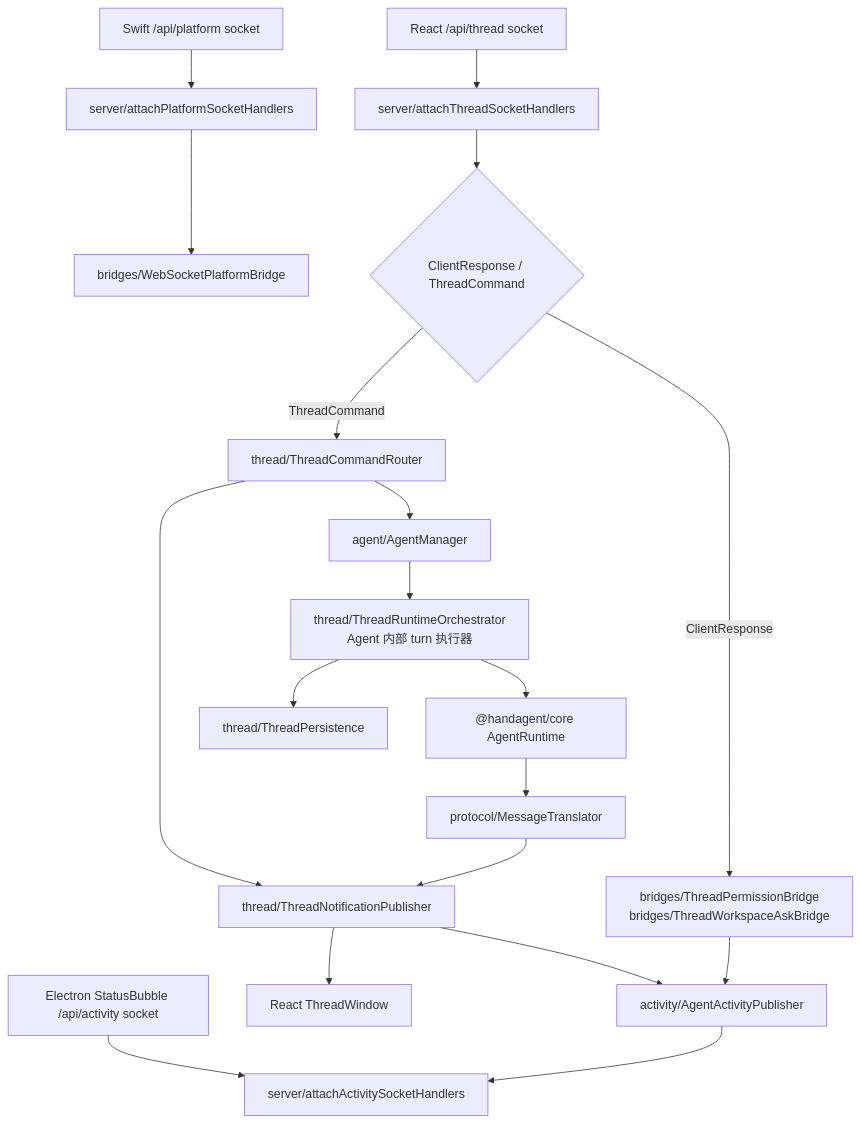
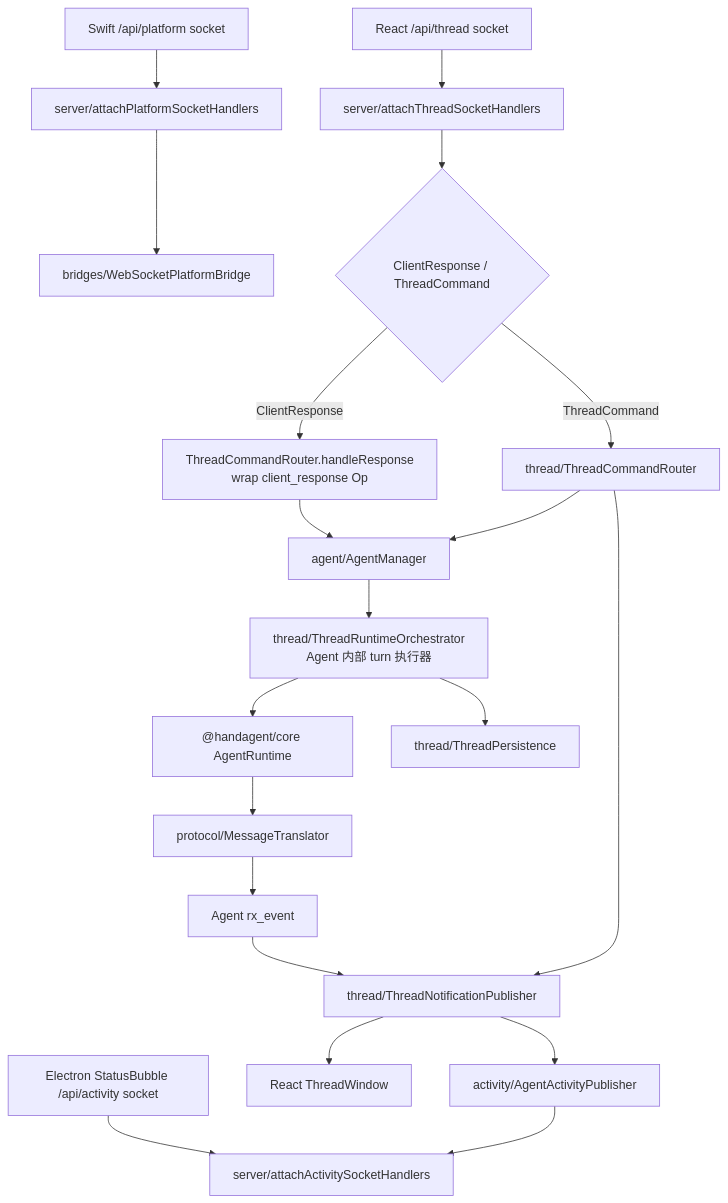
The diagram in apps/agent-server/agent-server.md (Lixuhang987/SpotAgent), drawn with Mermaid before and after one commit. The commit also changed other lines of this file and 47 other files, not shown here.

````diff
--- a/apps/agent-server/agent-server.md
+++ b/apps/agent-server/agent-server.md
@@ -45,21 +45,22 @@
 ```mermaid
 flowchart TD
   A["React /api/thread socket"] --> B["server/attachThreadSocketHandlers"]
   ACT["Electron StatusBubble /api/activity socket"] --> AP["server/attachActivitySocketHandlers"]
   P["Swift /api/platform socket"] --> D["server/attachPlatformSocketHandlers"]
   D --> PB["bridges/WebSocketPlatformBridge"]
   B --> C{"ClientResponse / ThreadCommand"}
-  C -- "ClientResponse" --> E["bridges/ThreadPermissionBridge<br/>bridges/ThreadWorkspaceAskBridge"]
+  C -- "ClientResponse" --> E["ThreadCommandRouter.handleResponse<br/>wrap client_response Op"]
+  E --> AM
   C -- "ThreadCommand" --> F["thread/ThreadCommandRouter"]
   F --> AM["agent/AgentManager"]
   AM --> G["thread/ThreadRuntimeOrchestrator<br/>Agent 内部 turn 执行器"]
   F --> H["thread/ThreadNotificationPublisher"]
   G --> I["@handagent/core AgentRuntime"]
   I --> J["protocol/MessageTranslator"]
-  J --> H
+  J --> RX["Agent rx_event"]
+  RX --> H
   H --> K["React ThreadWindow"]
   H --> APub["activity/AgentActivityPublisher"]
-  E --> APub
   APub --> AP
   G --> L["thread/ThreadPersistence"]
 ```
````
